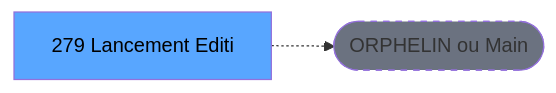
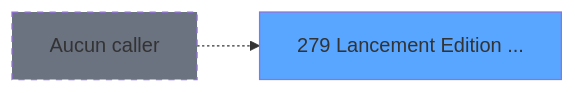
One commit to thonyAGP/magic-migration changed the second of 3 diagrams in .openspec/specs/ADH-IDE-279.md. Above: the diagram before and after it, drawn with Mermaid. The commit also changed other lines of this file and 493 other files, not shown here.

````diff
--- a/.openspec/specs/ADH-IDE-279.md
+++ b/.openspec/specs/ADH-IDE-279.md
@@ -121,8 +122,8 @@
 ```mermaid
 graph LR
-    T[279 Lancement Editi]
-    ORPHAN([ORPHELIN ou Main])
-    T -.-> ORPHAN
-    style T fill:#58a6ff,color:#000
-    style ORPHAN fill:#6b7280,stroke-dasharray: 5 5
+    T279[279 Lancement Edition ...]
+    style T279 fill:#58a6ff
+    NONE[Aucun caller]
+    NONE -.-> T279
+    style NONE fill:#6b7280,stroke-dasharray: 5 5
 ```
````
